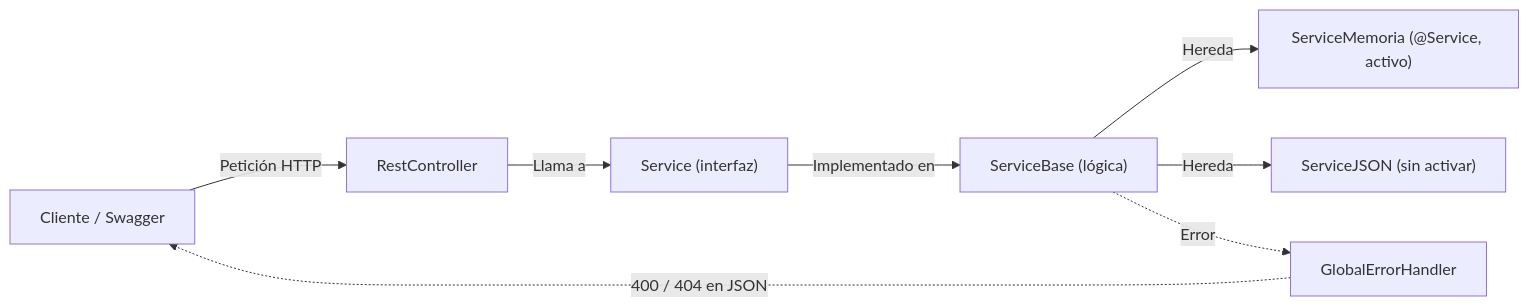
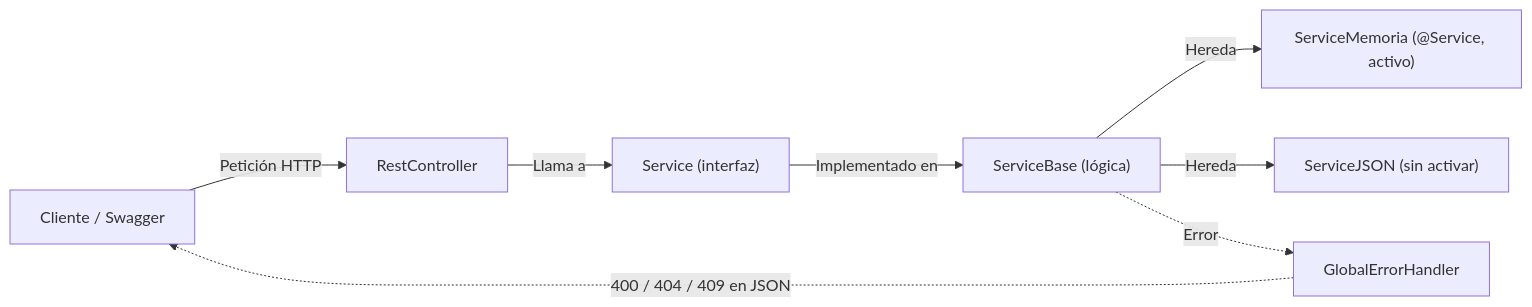
One commit to JoaquinDecroly/bibliotecaDecroly changed the diagram in biblioteca-decroly/README.md. Above: the diagram before and after it, drawn with Mermaid. The commit also changed other lines of this file and 75 other files, not shown here.

````diff
--- a/biblioteca-decroly/README.md
+++ b/biblioteca-decroly/README.md
@@ -10,10 +10,10 @@
 ```mermaid
 flowchart LR
-    A["Cliente / Swagger"] -->|"Petición HTTP"| B["RestController"]
-    B -->|"Llama a"| C["Service (interfaz)"]
-    C -->|"Implementado en"| D["ServiceBase (lógica)"]
-    D -->|"Hereda"| F["ServiceMemoria (@Service, activo)"]
-    D -->|"Hereda"| E["ServiceJSON (sin activar)"]
-    D -. "Error" .-> G["GlobalErrorHandler"]
-    G -. "400 / 404 en JSON" .-> A
+   A["Cliente / Swagger"] -->|"Petición HTTP"| B["RestController"]
+   B -->|"Llama a"| C["Service (interfaz)"]
+   C -->|"Implementado en"| D["ServiceBase (lógica)"]
+   D -->|"Hereda"| F["ServiceMemoria (@Service, activo)"]
+   D -->|"Hereda"| E["ServiceJSON (sin activar)"]
+   D -. "Error" .-> G["GlobalErrorHandler"]
+   G -. "400 / 404 / 409 en JSON" .-> A
 ```
````
